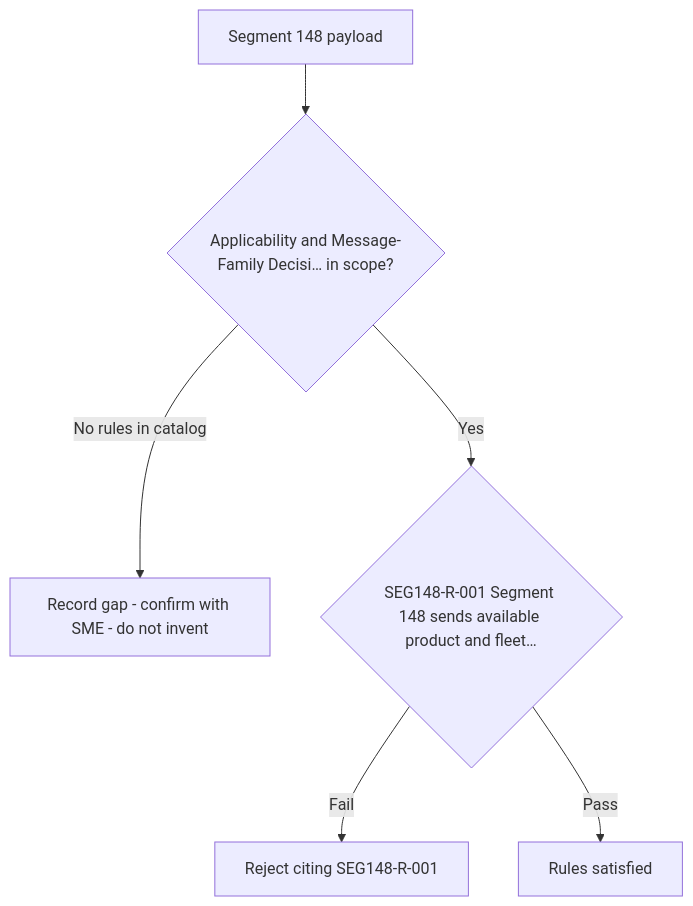
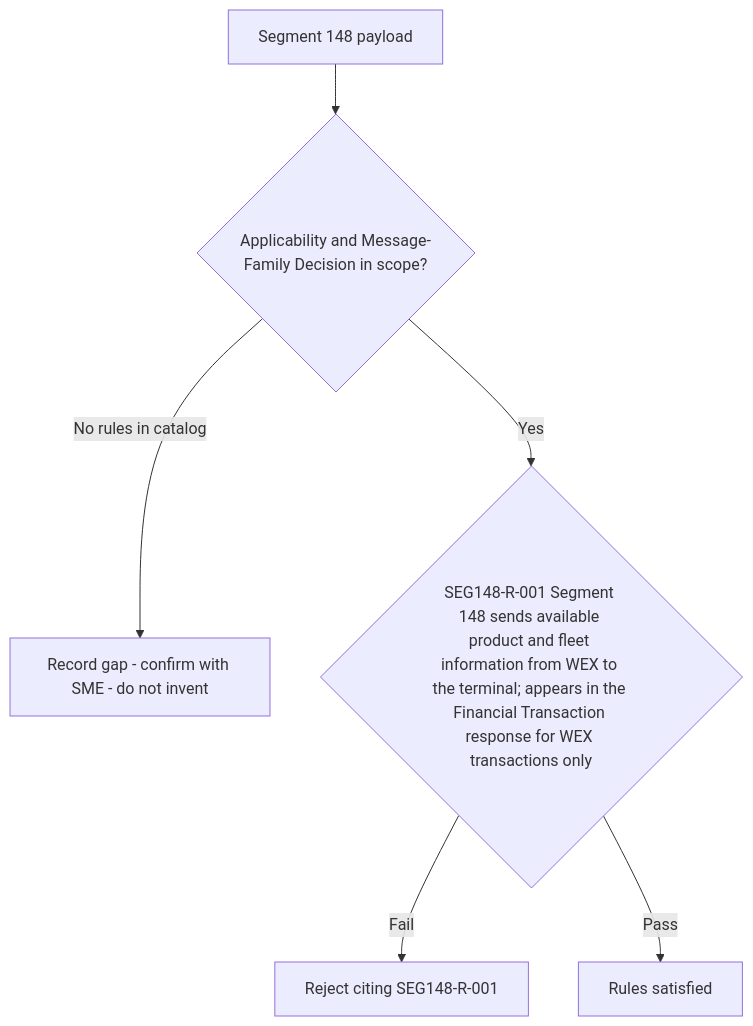
The diagram in regression-artifact-validator/specifications/ATL105/docs/specs/kb/segment-148/applicability-decision-flow.md (DhanSingh-hub/core-auth-ai-validation-framework), drawn with Mermaid before and after one commit. The commit also changed 150 other files, not shown here.

````diff
--- a/regression-artifact-validator/specifications/ATL105/docs/specs/kb/segment-148/applicability-decision-flow.md
+++ b/regression-artifact-validator/specifications/ATL105/docs/specs/kb/segment-148/applicability-decision-flow.md
@@ -3,8 +3,8 @@
 ```mermaid
 flowchart TD
-    A[Segment 148 payload] --> B{Applicability and Message-Family Decisi… in scope?}
+    A[Segment 148 payload] --> B{Applicability and Message-Family Decision in scope?}
     B -->|No rules in catalog| G[Record gap - confirm with SME - do not invent]
-    B -->|Yes| R1{SEG148-R-001 Segment 148 sends available product and fleet…}
+    B -->|Yes| R1{SEG148-R-001 Segment 148 sends available product and fleet information from WEX to the terminal; appears in the Financial Transaction response for WEX transactions only}
     R1 -->|Fail| X1[Reject citing SEG148-R-001]
     R1 -->|Pass| Z[Rules satisfied]
 ```
````
